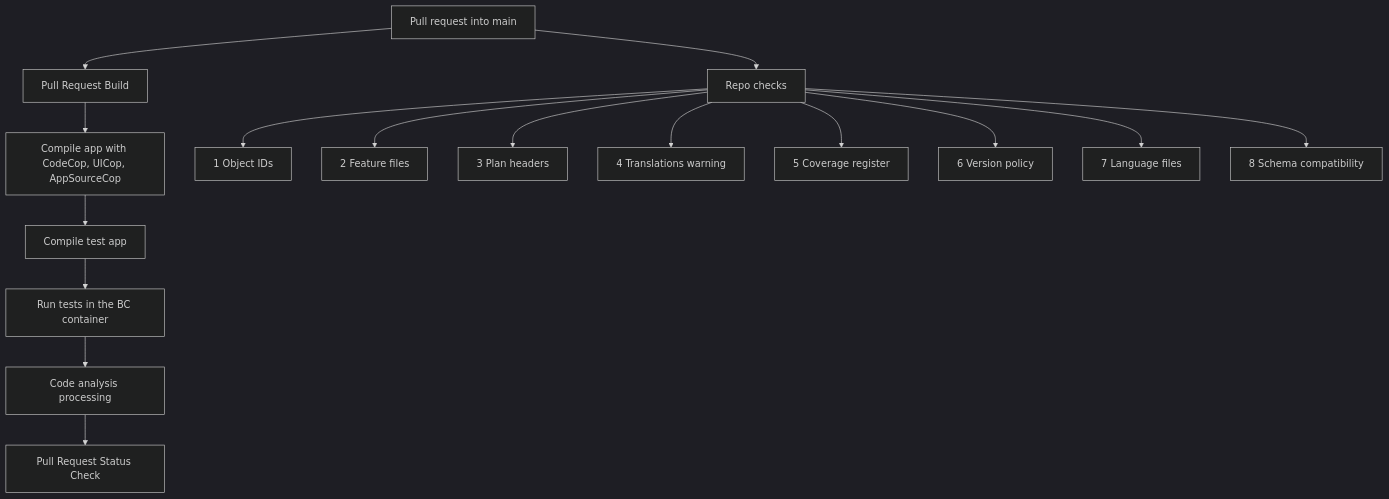
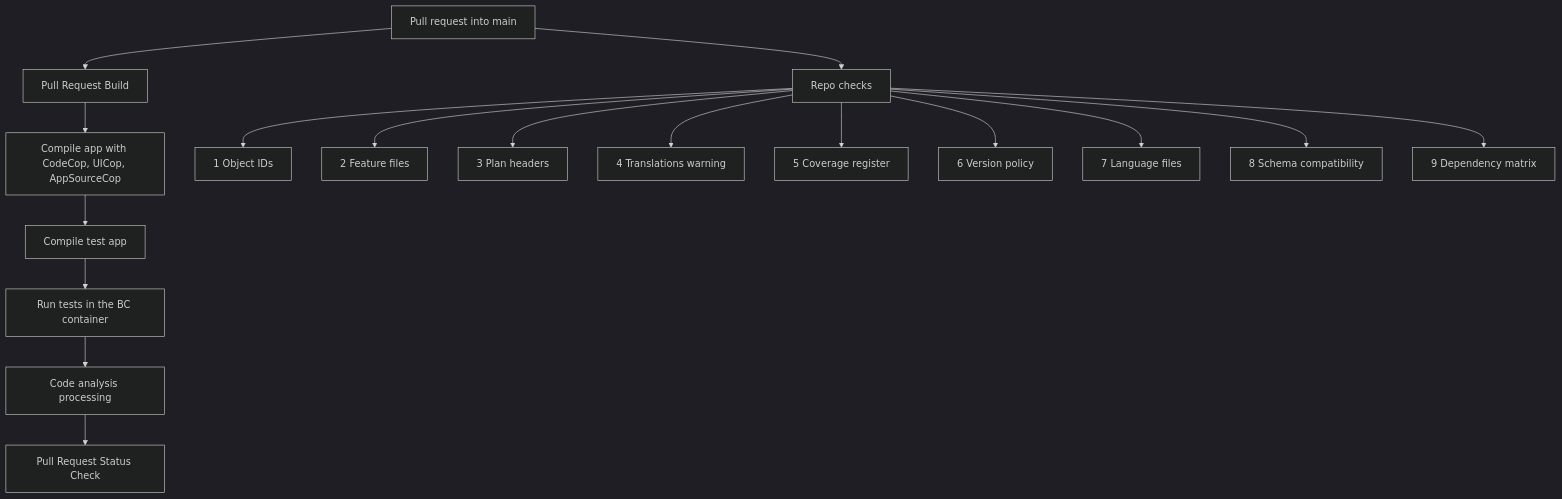
The diagram in docs/setup/ci-cd.md (miguelcarvalho17-dev/equipment-management), drawn with Mermaid (dark theme) before and after one commit. The commit also changed other lines of this file and 16 other files, not shown here.

````diff
--- a/docs/setup/ci-cd.md
+++ b/docs/setup/ci-cd.md
@@ -82,18 +82,19 @@
 ```mermaid
 flowchart TD
     PR[Pull request into main] --> PRB[Pull Request Build]
     PR --> RC[Repo checks]
     PRB --> C1[Compile app with CodeCop, UICop, AppSourceCop]
     C1 --> C2[Compile test app]
     C2 --> T[Run tests in the BC container]
     T --> CA[Code analysis processing]
     CA --> SC[Pull Request Status Check]
     RC --> R1[1 Object IDs]
     RC --> R2[2 Feature files]
     RC --> R3[3 Plan headers]
     RC --> R4[4 Translations warning]
     RC --> R5[5 Coverage register]
     RC --> R6[6 Version policy]
     RC --> R7[7 Language files]
     RC --> R8[8 Schema compatibility]
+    RC --> R9[9 Dependency matrix]
 ```
````
